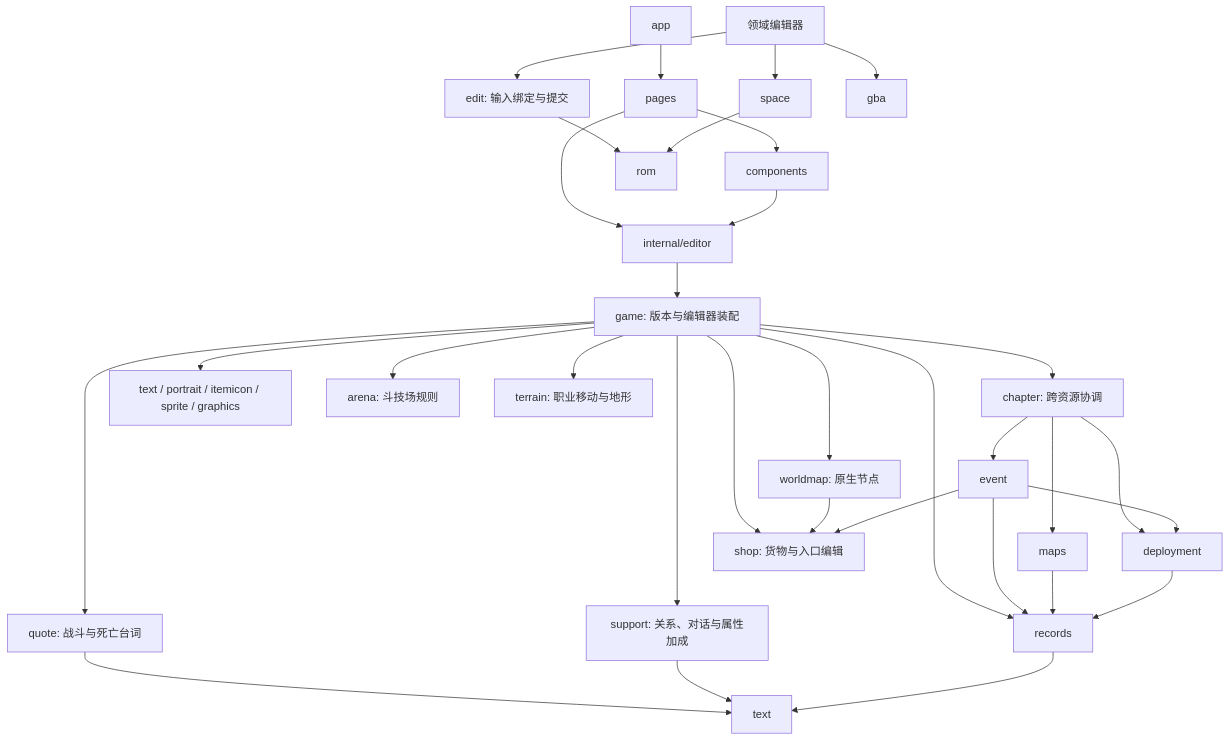
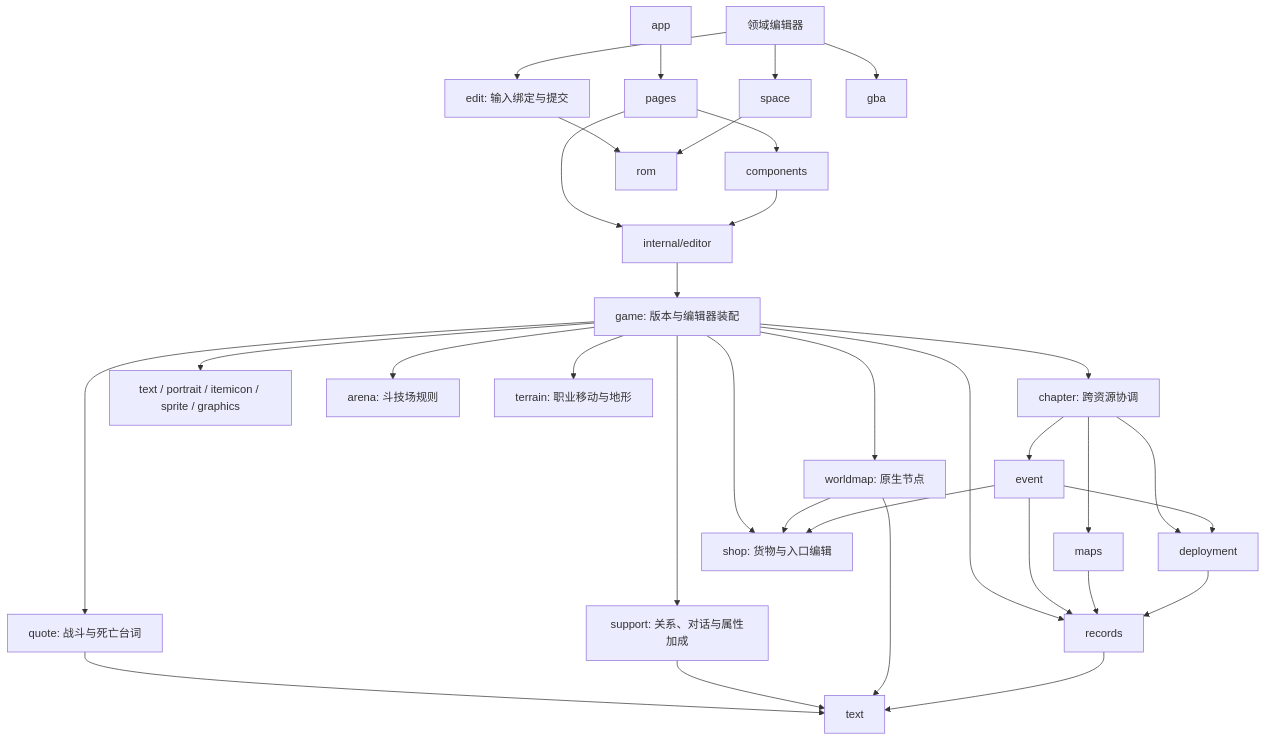
The first of 2 diagrams in docs/architecture.md (woxQAQ/febuildergba-mygo), drawn with Mermaid before and after one commit. The commit also changed other lines of this file and 26 other files, not shown here.

````diff
--- a/docs/architecture.md
+++ b/docs/architecture.md
@@ -61,34 +61,35 @@
 ```mermaid
 flowchart TD
     App[app] --> Pages[pages]
     Pages --> Components[components]
     Pages --> State[internal/editor]
     Components --> State
     State --> Game[game: 版本与编辑器装配]
     Game --> Chapter[chapter: 跨资源协调]
     Game --> Records[records]
     Game --> Media[text / portrait / itemicon / sprite / graphics]
     Chapter --> Maps[maps]
     Chapter --> Event[event]
     Chapter --> Deployment[deployment]
     Event --> Deployment
     Game --> Quote[quote: 战斗与死亡台词]
     Quote --> Text
     Game --> Arena[arena: 斗技场规则]
     Game --> Support[support: 关系、对话与属性加成]
     Game --> Terrain[terrain: 职业移动与地形]
     Support --> Text
     Game --> Shop[shop: 货物与入口编辑]
     Game --> Worldmap[worldmap: 原生节点]
     Worldmap --> Shop
+    Worldmap --> Text
     Event --> Shop
     Event --> Records
     Maps --> Records
     Deployment --> Records
     Records --> Text[text]
     Domain[领域编辑器] --> Edit[edit: 输入绑定与提交]
     Edit --> ROM[rom]
     Domain --> Space[space]
     Domain --> GBA[gba]
     Space --> ROM
 ```
````
